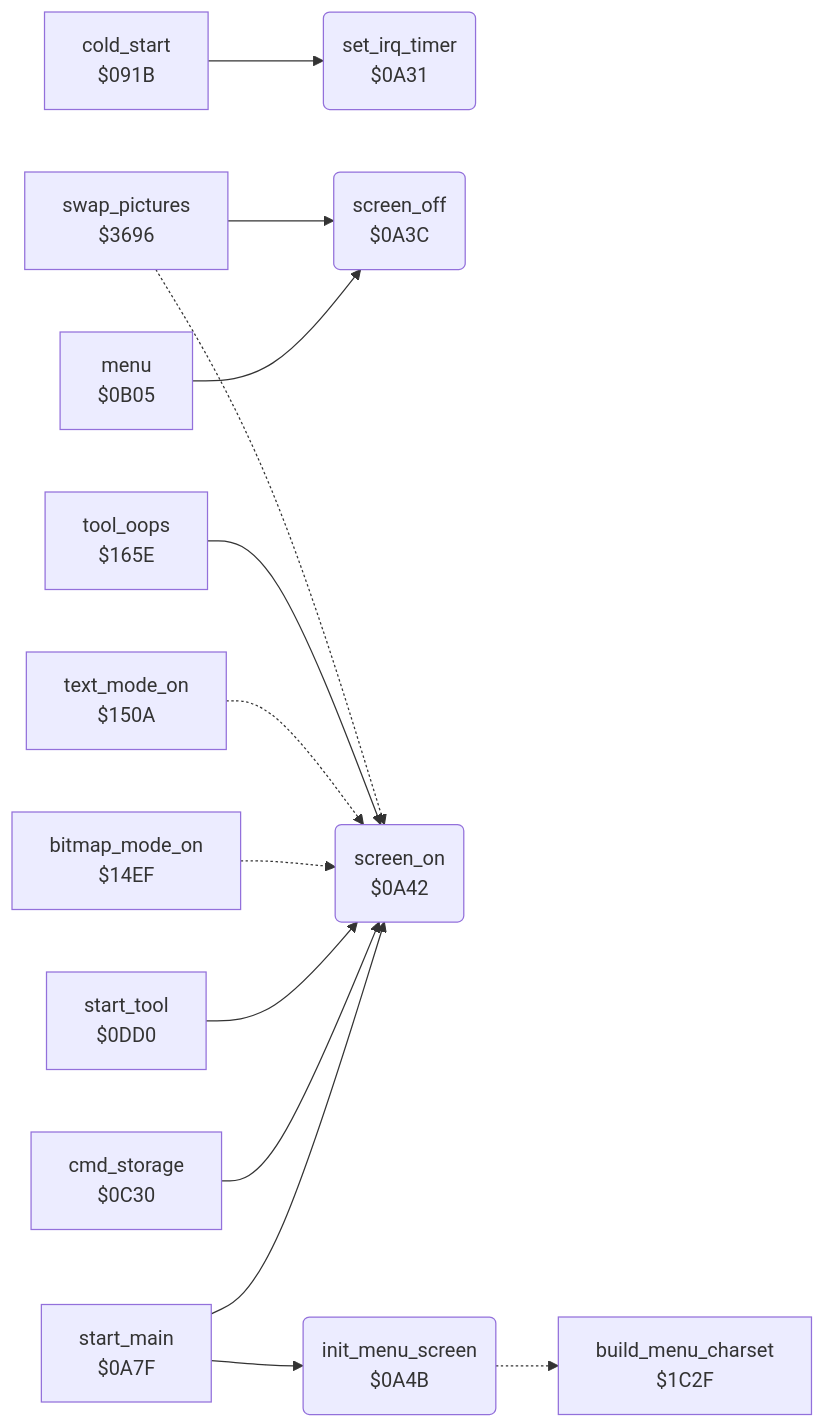
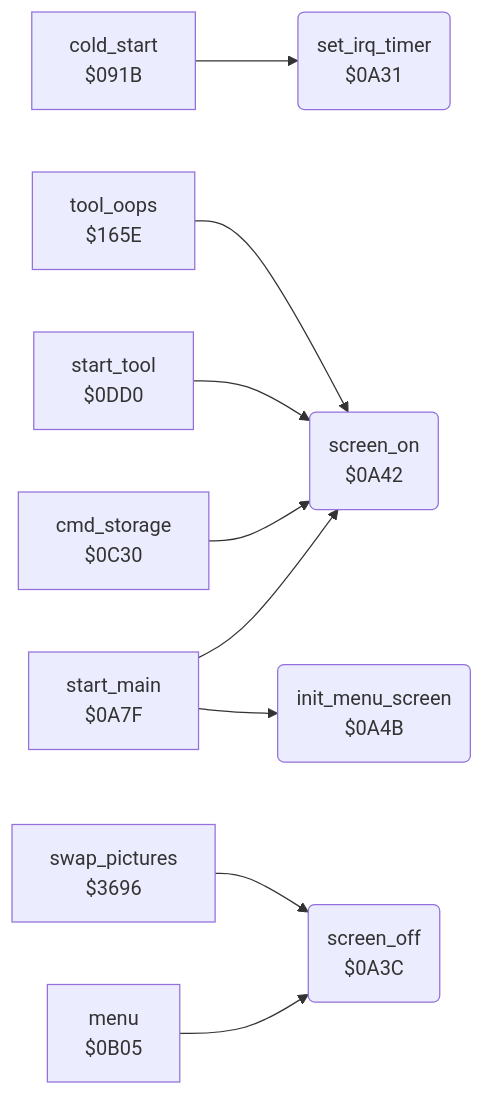
The diagram in koala_painter/v2/docs/reference/modules/init/screen.md (henols/c64_games), drawn with Mermaid before and after one commit. The commit also changed other lines of this file and 1100 other files, not shown here.

````diff
--- a/koala_painter/v2/docs/reference/modules/init/screen.md
+++ b/koala_painter/v2/docs/reference/modules/init/screen.md
@@ -10,29 +25,22 @@
 ```mermaid
 flowchart LR
   n091b["cold_start<br/>$091B"]
   n0a31("set_irq_timer<br/>$0A31")
   n0a3c("screen_off<br/>$0A3C")
   n0a42("screen_on<br/>$0A42")
   n0a4b("init_menu_screen<br/>$0A4B")
   n0a7f["start_main<br/>$0A7F"]
   n0b05["menu<br/>$0B05"]
   n0c30["cmd_storage<br/>$0C30"]
   n0dd0["start_tool<br/>$0DD0"]
-  n14ef["bitmap_mode_on<br/>$14EF"]
-  n150a["text_mode_on<br/>$150A"]
   n165e["tool_oops<br/>$165E"]
-  n1c2f["build_menu_charset<br/>$1C2F"]
   n3696["swap_pictures<br/>$3696"]
   n091b --> n0a31
-  n0a4b -.-> n1c2f
   n0a7f --> n0a42
   n0a7f --> n0a4b
   n0b05 --> n0a3c
   n0c30 --> n0a42
   n0dd0 --> n0a42
-  n14ef -.-> n0a42
-  n150a -.-> n0a42
   n165e --> n0a42
   n3696 --> n0a3c
-  n3696 -.-> n0a42
 ```
````
